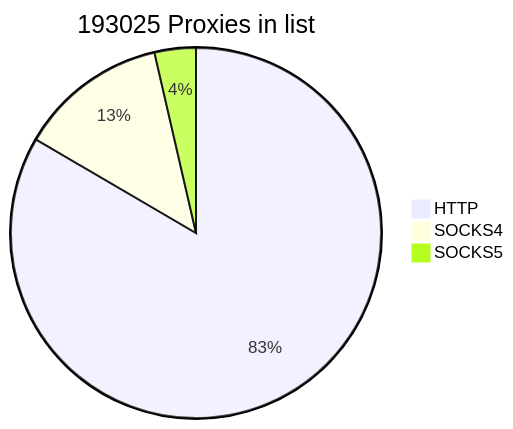
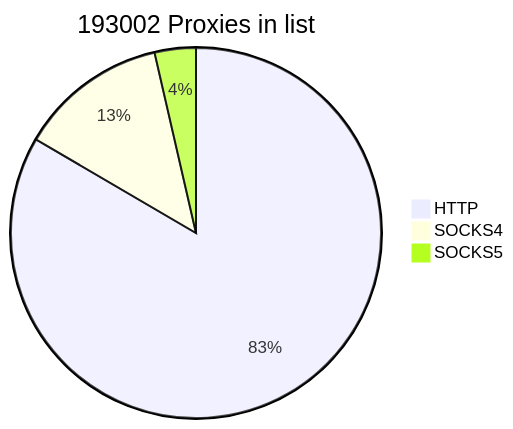
The first of 2 diagrams in README.md (cutipu/proxylist), drawn with Mermaid before and after one commit. The commit also changed other lines of this file, not shown here.

````diff
--- a/README.md
+++ b/README.md
@@ -2,7 +2,7 @@
 ```mermaid
-pie title 193025 Proxies in list
-    "HTTP" : 161010
-    "SOCKS4" : 25055
-    "SOCKS5" : 6960
+pie title 193002 Proxies in list
+    "HTTP" : 161009
+    "SOCKS4" : 25054
+    "SOCKS5" : 6939
             
 ```
````
